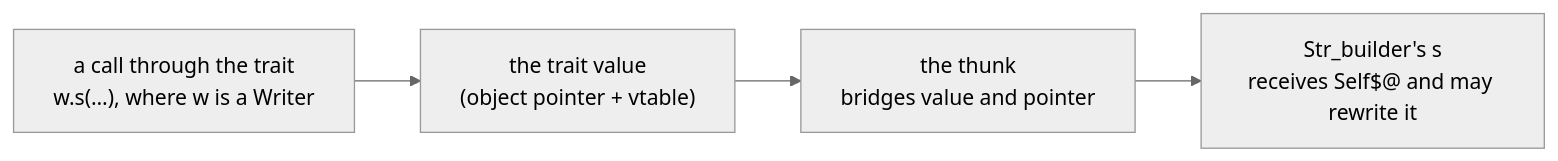
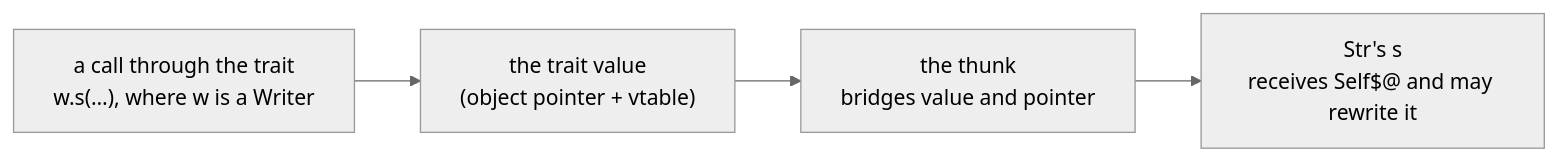
One commit to kansosystem-org/kspl-experimental changed the first of 4 diagrams in docs/DESIGN-programming-language.md. Above: the diagram before and after it, drawn with Mermaid (neutral theme). The commit also changed other lines of this file and 454 other files, not shown here.

````diff
--- a/docs/DESIGN-programming-language.md
+++ b/docs/DESIGN-programming-language.md
@@ -552,6 +552,6 @@
 ```mermaid
 flowchart LR
     C["a call through the trait<br/>w.s(…), where w is a Writer"] --> V["the trait value<br/>(object pointer + vtable)"]
     V --> T["the thunk<br/>bridges value and pointer"]
-    T --> I["Str_builder's s<br/>receives Self$@ and may rewrite it"]
+    T --> I["Str's s<br/>receives Self$@ and may rewrite it"]
 ```
````
